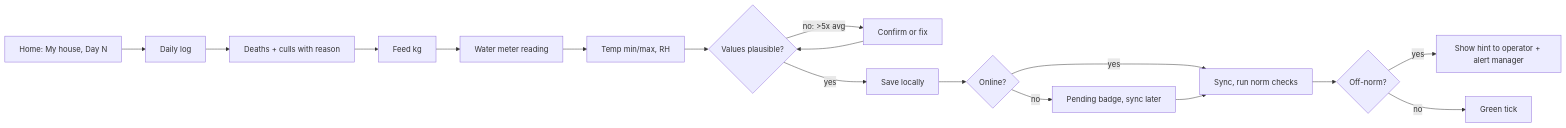
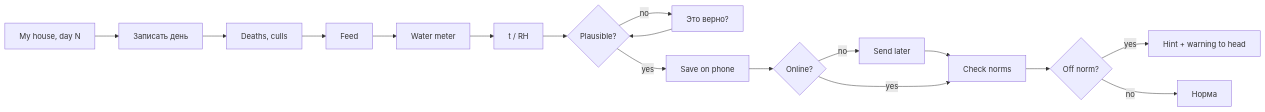
The third of 4 diagrams in BLUEPRINT.md (Nursul7an/poultry-farm), drawn with Mermaid before and after one commit. The commit also changed other lines of this file and 18 other files, not shown here.

````diff
--- a/BLUEPRINT.md
+++ b/BLUEPRINT.md
@@ -250,17 +207,13 @@
 ```mermaid
 flowchart LR
-  A["Home: My house, Day N"] --> B["Daily log"]
-  B --> C["Deaths + culls with reason"]
-  C --> D["Feed kg"]
-  D --> E["Water meter reading"]
-  E --> F["Temp min/max, RH"]
-  F --> G{"Values plausible?"}
-  G -- "no: >5x avg" --> H["Confirm or fix"] --> G
-  G -- yes --> I["Save locally"]
-  I --> J{"Online?"}
-  J -- yes --> K["Sync, run norm checks"]
-  J -- no --> L["Pending badge, sync later"] --> K
-  K --> M{"Off-norm?"}
-  M -- yes --> N["Show hint to operator + alert manager"]
-  M -- no --> O["Green tick"]
+  A["My house, day N"] --> B["Записать день"]
+  B --> C["Deaths, culls"] --> D["Feed"] --> E["Water meter"] --> F["t / RH"]
+  F --> G{"Plausible?"}
+  G -- no --> H["Это верно?"] --> G
+  G -- yes --> I["Save on phone"] --> J{"Online?"}
+  J -- no --> K["Send later"] --> L
+  J -- yes --> L["Check norms"]
+  L --> M{"Off norm?"}
+  M -- yes --> N["Hint + warning to head"]
+  M -- no --> O["Норма"]
 ```
````
